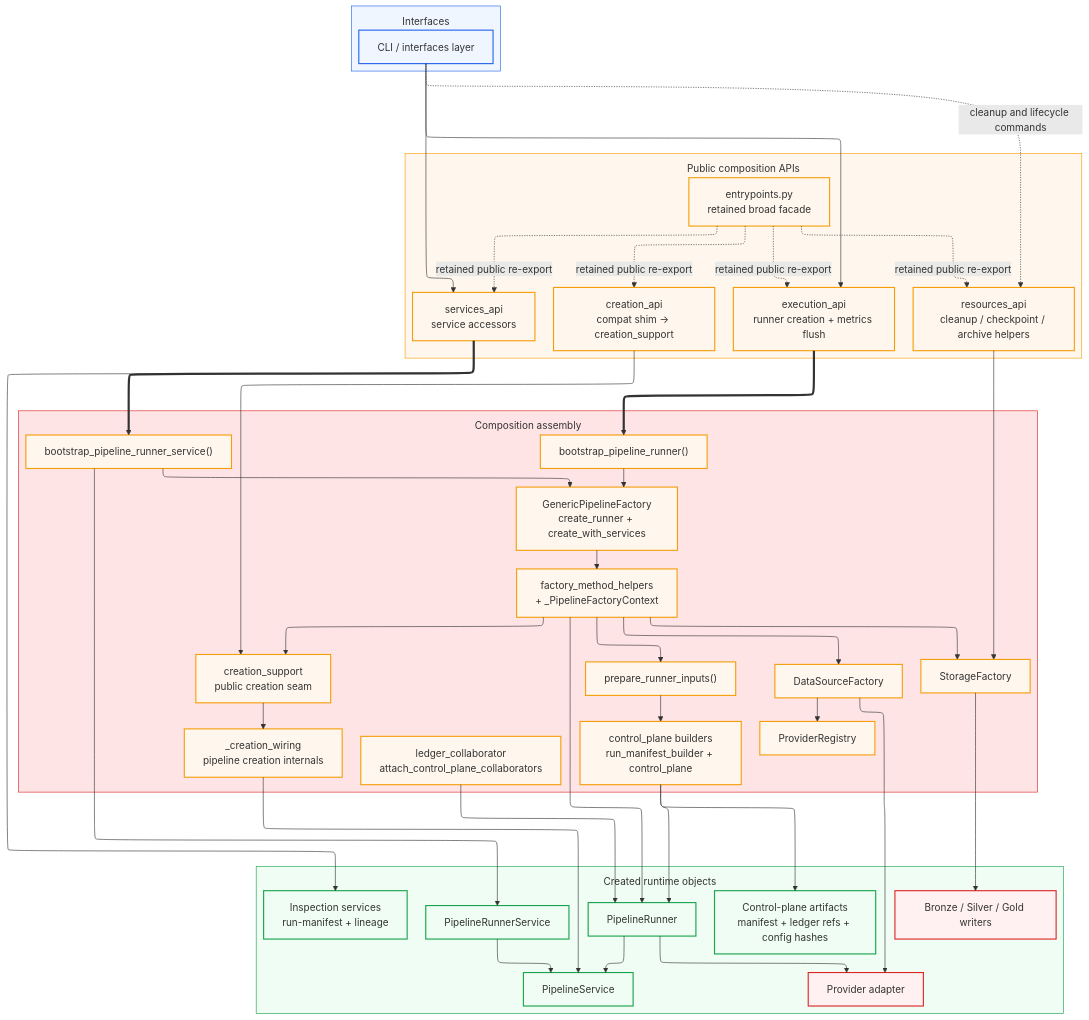
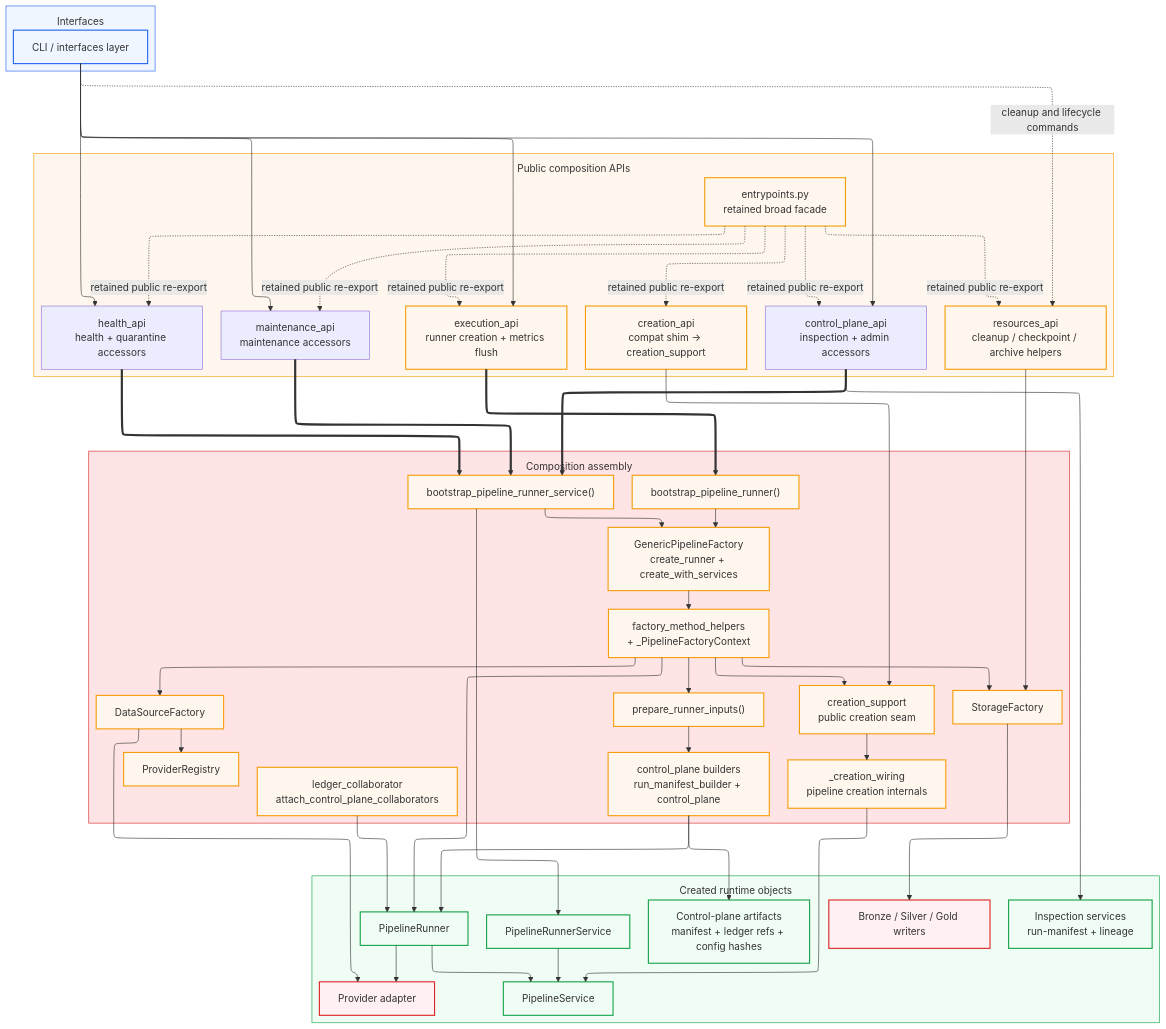
The diagram in docs/02-architecture/diagrams/foundation/28-composition-root-di-graph.mmd (SatoryKono/BioactivityDataAcquisition), drawn with Mermaid before and after one commit. The commit also changed 92 other files, not shown here.

First line of the commit message:
Update architecture docs, diagrams, and governance

```diff
--- a/docs/02-architecture/diagrams/foundation/28-composition-root-di-graph.mmd
+++ b/docs/02-architecture/diagrams/foundation/28-composition-root-di-graph.mmd
@@ -1,106 +1,114 @@
 %% Title: Composition Root Wiring — Public APIs and Assembly
 %% Covers: RULES.md §1.1 (Composition Layer), ADR-005, RF-011
 %% Rank: 3 (Score 9.00) — Current composition seams and retained facade policy
 %% Updated: 2026-03-28
 
 %% @version 1.4.0
 %% @date    2026-03-28
 %% @type    flowchart
 %% @level   Mixed (System / Component / Module)
 %% @nodes   23
 %% keep-orphan: ENTRY
 %% @uniform-group interfaces nodes=CLI
-%% @uniform-group public     nodes=EXEC,SERV,RES,CAPI,ENTRY
+%% @uniform-group public     nodes=EXEC,CTRL,HEALTH,MAINT,RES,CAPI,ENTRY
 %% @uniform-group assembly   nodes=BPR,BSRV,GPF,FMH,CSUP,CWIR,DSF,STF,REG,PRI,CPB,LCOL
 %% @uniform-group runtime    nodes=PRS,PRUN,PS,ADP,STOR,ISVC,CPART
 %% @uniform-width group
 %%{init: {'layout': 'elk', 'flowchart': {'subGraphTitleMargin': {'top': 12, 'bottom': 12}}, 'elk': {'mergeEdges': true, 'nodePlacementStrategy': 'BRANDES_KOEPF', 'edgeRouting': 'ORTHOGONAL'}}}%%
 flowchart TB
     subgraph Interfaces["Interfaces"]
         CLI["CLI / interfaces layer"]
     end
 
     subgraph PublicAPIs["Public composition APIs"]
         EXEC["execution_api<br/>runner creation + metrics flush"]
-        SERV["services_api<br/>service accessors"]
+        CTRL["control_plane_api<br/>inspection + admin accessors"]
+        HEALTH["health_api<br/>health + quarantine accessors"]
+        MAINT["maintenance_api<br/>maintenance accessors"]
         RES["resources_api<br/>cleanup / checkpoint / archive helpers"]
         CAPI["creation_api<br/>compat shim → creation_support"]
         ENTRY["entrypoints.py<br/>retained broad facade"]
     end
 
     subgraph Assembly["Composition assembly"]
         BPR["bootstrap_pipeline_runner()"]
         BSRV["bootstrap_pipeline_runner_service()"]
         GPF["GenericPipelineFactory<br/>create_runner + create_with_services"]
         FMH["factory_method_helpers<br/>+ _PipelineFactoryContext"]
         PRI["prepare_runner_inputs()"]
         CPB["control_plane builders<br/>run_manifest_builder + control_plane"]
         LCOL["ledger_collaborator<br/>attach_control_plane_collaborators"]
         CSUP["creation_support<br/>public creation seam"]
         CWIR["_creation_wiring<br/>pipeline creation internals"]
         DSF["DataSourceFactory"]
         STF["StorageFactory"]
         REG["ProviderRegistry"]
     end
 
     subgraph Runtime["Created runtime objects"]
         PRS["PipelineRunnerService"]
         PRUN["PipelineRunner"]
         PS["PipelineService"]
         ISVC["Inspection services<br/>run-manifest + lineage"]
         CPART["Control-plane artifacts<br/>manifest + ledger refs + config hashes"]
         ADP["Provider adapter"]
         STOR["Bronze / Silver / Gold writers"]
     end
 
-    CLI --> SERV
+    CLI --> CTRL
+    CLI --> HEALTH
+    CLI --> MAINT
     CLI --> EXEC
     CLI -. cleanup and lifecycle commands .-> RES
 
     ENTRY -. retained public re-export .-> EXEC
-    ENTRY -. retained public re-export .-> SERV
+    ENTRY -. retained public re-export .-> CTRL
+    ENTRY -. retained public re-export .-> HEALTH
+    ENTRY -. retained public re-export .-> MAINT
     ENTRY -. retained public re-export .-> RES
     ENTRY -. retained public re-export .-> CAPI
 
     EXEC ==> BPR
-    SERV ==> BSRV
+    CTRL ==> BSRV
+    HEALTH ==> BSRV
+    MAINT ==> BSRV
     CAPI --> CSUP
     RES --> STF
 
     BPR --> GPF
     BSRV --> GPF
     GPF --> FMH
     FMH --> PRI
     PRI --> CPB
     FMH --> DSF
     FMH --> STF
     FMH --> CSUP
     CSUP --> CWIR
     CWIR --> PS
     DSF --> REG
     DSF --> ADP
     STF --> STOR
     FMH --> PRUN
     CPB --> CPART
     CPB --> PRUN
     LCOL --> PRUN
     BSRV --> PRS
     PRS --> PS
     PRUN --> PS
     PRUN --> ADP
-    SERV --> ISVC
+    CTRL --> ISVC
 
     style Interfaces fill:#eff6ff,stroke:#2563eb
     style PublicAPIs fill:#fff7ed,stroke:#f59e0b
     style Assembly fill:#ffe4e6,stroke:#dc2626
     style Runtime fill:#f0fdf4,stroke:#16a34a
 
     classDef layer_interfaces fill:#eff6ff,stroke:#2563eb,stroke-width:1.8px;
     classDef layer_composition fill:#fff7ed,stroke:#f59e0b,stroke-width:1.8px;
     classDef layer_application fill:#f0fdf4,stroke:#16a34a,stroke-width:1.8px;
     classDef layer_infrastructure fill:#fff1f2,stroke:#dc2626,stroke-width:1.8px;
 
     class CLI layer_interfaces;
     class EXEC,SERV,RES,CAPI,ENTRY,BPR,BSRV,GPF,FMH,PRI,CPB,LCOL,CSUP,CWIR,DSF,STF,REG layer_composition;
     class PRS,PRUN,PS,ISVC,CPART layer_application;
     class ADP,STOR layer_infrastructure;
```
